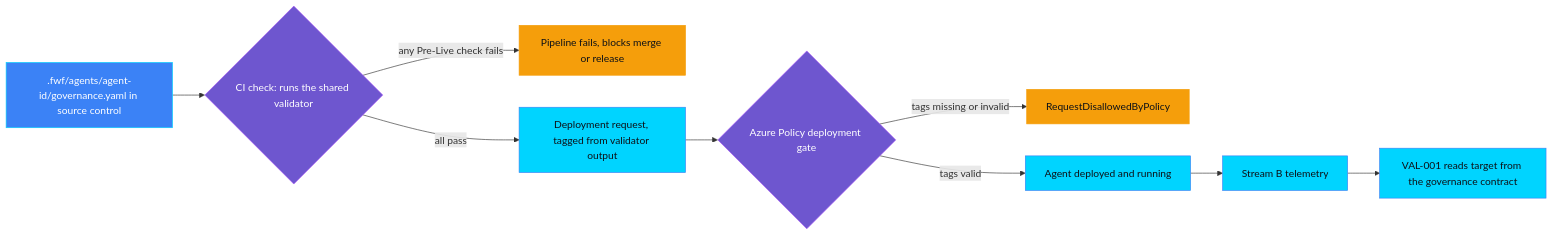
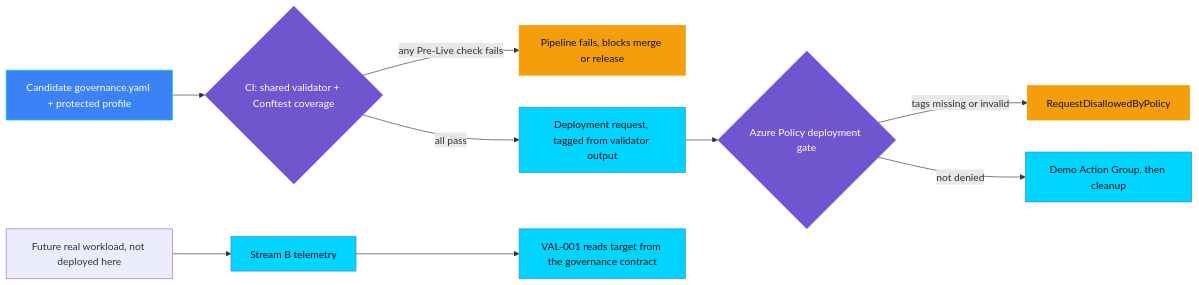
Before and after one commit to doruit/forged-with-foundry: the second of 2 diagrams in controls/value_adoption_and_finops/ARCHITECTURE.md, drawn with Mermaid. The commit also changed other lines of this file and 48 other files, not shown here.

````diff
--- a/controls/value_adoption_and_finops/ARCHITECTURE.md
+++ b/controls/value_adoption_and_finops/ARCHITECTURE.md
@@ -117,20 +120,20 @@
 ```mermaid
 flowchart LR
-  Y[.fwf/agents/agent-id/governance.yaml in source control] --> RG{CI check: runs the shared validator}
+  Y[Candidate governance.yaml + protected profile] --> RG{CI: shared validator + Conftest coverage}
   RG -->|any Pre-Live check fails| FAIL[Pipeline fails, blocks merge or release]
   RG -->|all pass| DEP[Deployment request, tagged from validator output]
   DEP --> AP{Azure Policy deployment gate}
   AP -->|tags missing or invalid| DENY[RequestDisallowedByPolicy]
-  AP -->|tags valid| RUN[Agent deployed and running]
-  RUN --> TEL[Stream B telemetry]
+  AP -->|not denied| RUN[Demo Action Group, then cleanup]
+  AGENT[Future real workload, not deployed here] --> TEL[Stream B telemetry]
   TEL --> V1[VAL-001 reads target from the governance contract]
 
   classDef governance fill:#6E56CF,stroke:#A855F7,color:#FFFFFF
   classDef platform fill:#3B82F6,stroke:#00D4FF,color:#FFFFFF
   classDef evidence fill:#00D4FF,stroke:#3B82F6,color:#0D1117
   classDef attention fill:#F59E0B,stroke:#F59E0B,color:#0D1117
   class Y platform
   class RG,AP governance
   class DEP,RUN,TEL,V1 evidence
   class FAIL,DENY attention
 ```
````
